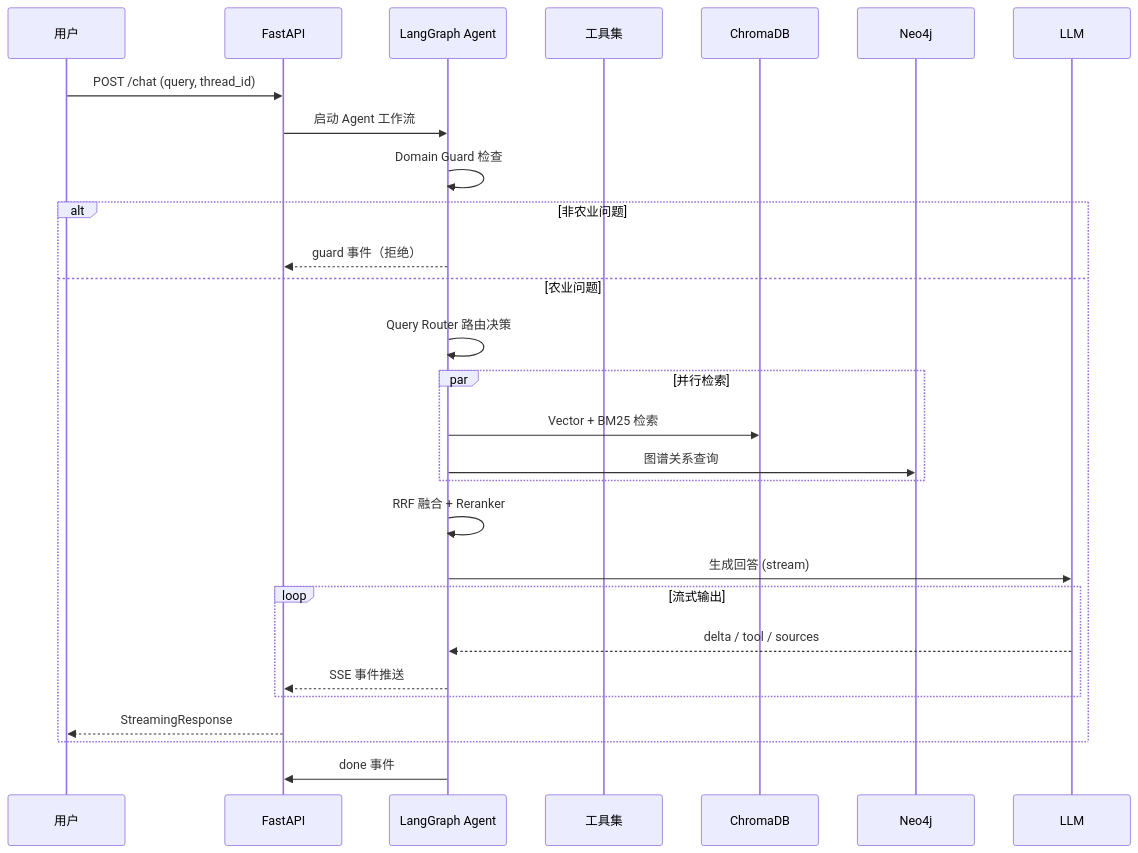
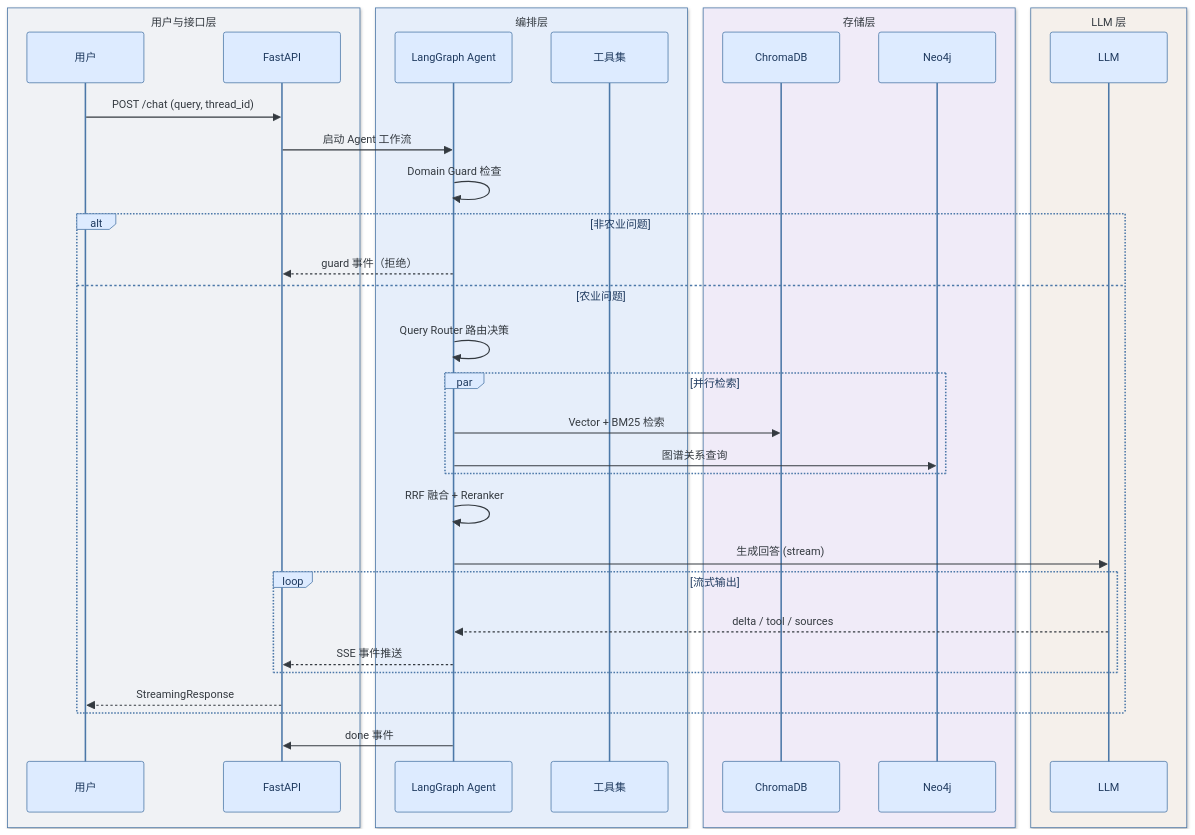
One commit to 1byteone/interview-note changed the second of 4 diagrams in 4-interview/projects/agri-qa-assistant/项目速记卡.md. Above: the diagram before and after it, drawn with Mermaid. The commit also changed other lines of this file and 5 other files, not shown here.

First line of the commit message:
style(mermaid): 统一 Mermaid 专业样式体系与语义规范

````diff
--- a/4-interview/projects/agri-qa-assistant/项目速记卡.md
+++ b/4-interview/projects/agri-qa-assistant/项目速记卡.md
@@ -189,31 +208,41 @@
 ```mermaid
+%%{init: {"theme": "base", "fontFamily": "Arial, Microsoft YaHei, sans-serif", "fontSize": 14, "themeVariables": {"fontFamily": "Arial, Microsoft YaHei, sans-serif", "fontSize": "14px", "textColor": "#343A40", "lineColor": "#6C757D", "primaryColor": "#DDEBFF", "primaryBorderColor": "#4C78A8", "primaryTextColor": "#1F3A5F", "secondaryColor": "#F1F3F5", "tertiaryColor": "#F8F9FA"}}}%%
 sequenceDiagram
-    participant U as 用户
-    participant F as FastAPI
-    participant A as LangGraph Agent
-    participant T as 工具集
-    participant C as ChromaDB
-    participant N as Neo4j
-    participant L as LLM
+    box rgb(240,242,245) 用户与接口层
+        participant U as 用户
+        participant F as FastAPI
+    end
+    box rgb(230,238,250) 编排层
+        participant A as LangGraph Agent
+        participant T as 工具集
+    end
+    box rgb(240,235,248) 存储层
+        participant C as ChromaDB
+        participant N as Neo4j
+    end
+    box rgb(245,240,235) LLM 层
+        participant L as LLM
+    end
 
     U->>F: POST /chat (query, thread_id)
     F->>A: 启动 Agent 工作流
     A->>A: Domain Guard 检查
+
     alt 非农业问题
         A-->>F: guard 事件（拒绝）
     else 农业问题
         A->>A: Query Router 路由决策
         par 并行检索
             A->>C: Vector + BM25 检索
             A->>N: 图谱关系查询
         end
         A->>A: RRF 融合 + Reranker
         A->>L: 生成回答 (stream)
         loop 流式输出
             L-->>A: delta / tool / sources
             A-->>F: SSE 事件推送
         end
         F-->>U: StreamingResponse
     end
     A->>F: done 事件
 ```
````
